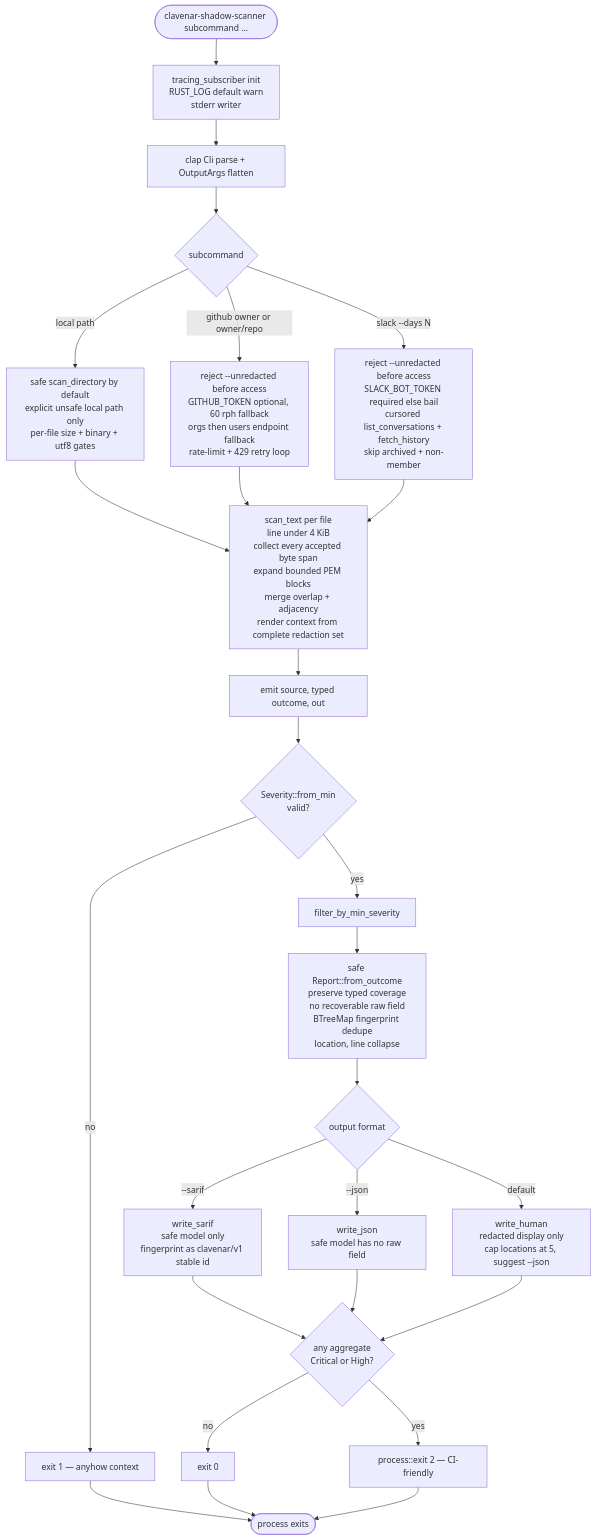
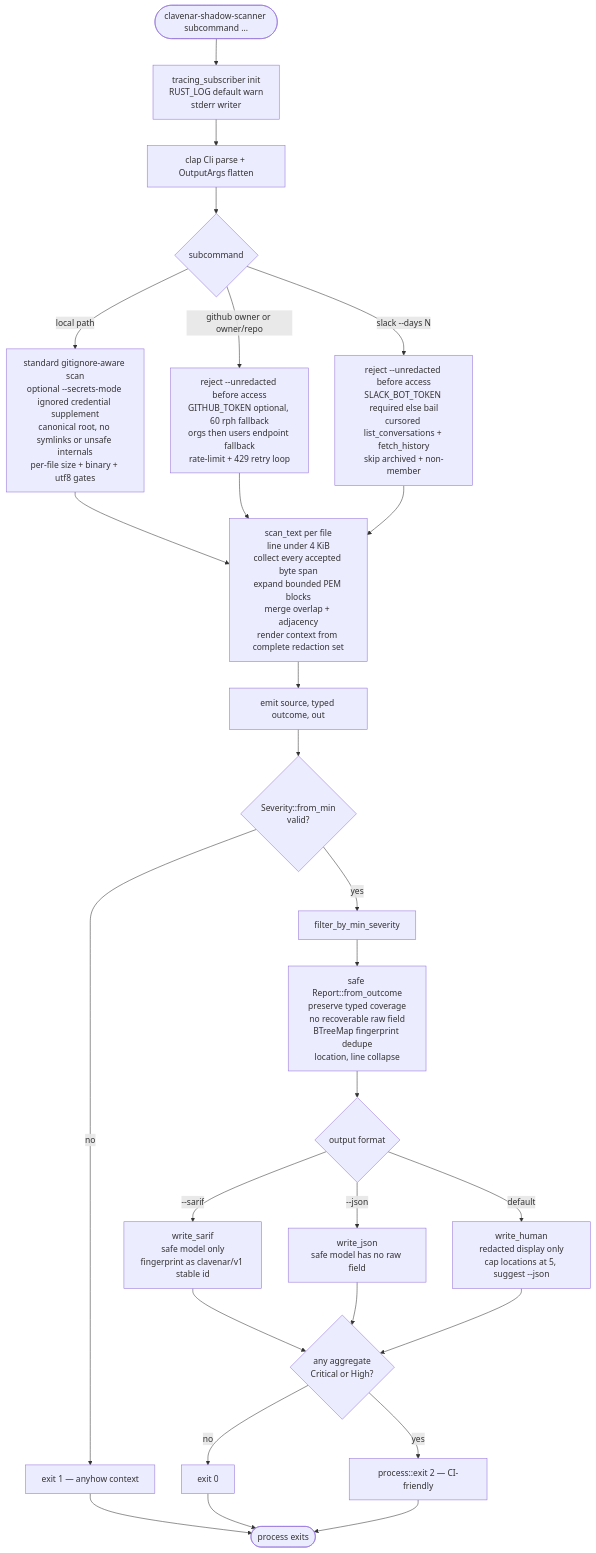
Before and after one commit to clavenar/clavenar-shadow-scanner: the sixth of 6 diagrams in docs/SEQUENCES.md, drawn with Mermaid. The commit also changed other lines of this file and 10 other files, not shown here.

Commit message:
detect truncated scans and include ignored secrets safely

````diff
--- a/docs/SEQUENCES.md
+++ b/docs/SEQUENCES.md
@@ -397,35 +408,35 @@
 ```mermaid
 flowchart TD
     Start([clavenar-shadow-scanner subcommand ...]) --> Tracing[tracing_subscriber init<br/>RUST_LOG default warn<br/>stderr writer]
     Tracing --> Parse[clap Cli parse + OutputArgs flatten]
     Parse --> Sub{subcommand}
 
-    Sub -->|local path| L[safe scan_directory by default<br/>explicit unsafe local path only<br/>per-file size + binary + utf8 gates]
+    Sub -->|local path| L[standard gitignore-aware scan<br/>optional --secrets-mode ignored credential supplement<br/>canonical root, no symlinks or unsafe internals<br/>per-file size + binary + utf8 gates]
     Sub -->|github owner or owner/repo| G[reject --unredacted before access<br/>GITHUB_TOKEN optional, 60 rph fallback<br/>orgs then users endpoint fallback<br/>rate-limit + 429 retry loop]
     Sub -->|slack --days N| S[reject --unredacted before access<br/>SLACK_BOT_TOKEN required else bail<br/>cursored list_conversations + fetch_history<br/>skip archived + non-member]
 
     L --> Det[scan_text per file<br/>line under 4 KiB<br/>collect every accepted byte span<br/>expand bounded PEM blocks<br/>merge overlap + adjacency<br/>render context from complete redaction set]
     G --> Det
     S --> Det
 
     Det --> Emit[emit source, typed outcome, out]
     Emit --> SevMin{Severity::from_min<br/>valid?}
     SevMin -->|no| Err1[exit 1 — anyhow context]
     SevMin -->|yes| Filter[filter_by_min_severity]
     Filter --> Build[safe Report::from_outcome<br/>preserve typed coverage<br/>no recoverable raw field<br/>BTreeMap fingerprint dedupe<br/>location, line collapse]
 
     Build --> Fmt{output format}
     Fmt -->|--sarif| Sarif[write_sarif<br/>safe model only<br/>fingerprint as clavenar/v1 stable id]
     Fmt -->|--json| Json[write_json<br/>safe model has no raw field]
     Fmt -->|default| Human[write_human<br/>redacted display only<br/>cap locations at 5, suggest --json]
 
     Sarif --> AnyHigh{any aggregate<br/>Critical or High?}
     Json --> AnyHigh
     Human --> AnyHigh
     AnyHigh -->|yes| E2[process::exit 2 — CI-friendly]
     AnyHigh -->|no| E0[exit 0]
 
     Err1 --> End([process exits])
     E0 --> End
     E2 --> End
 ```
````
